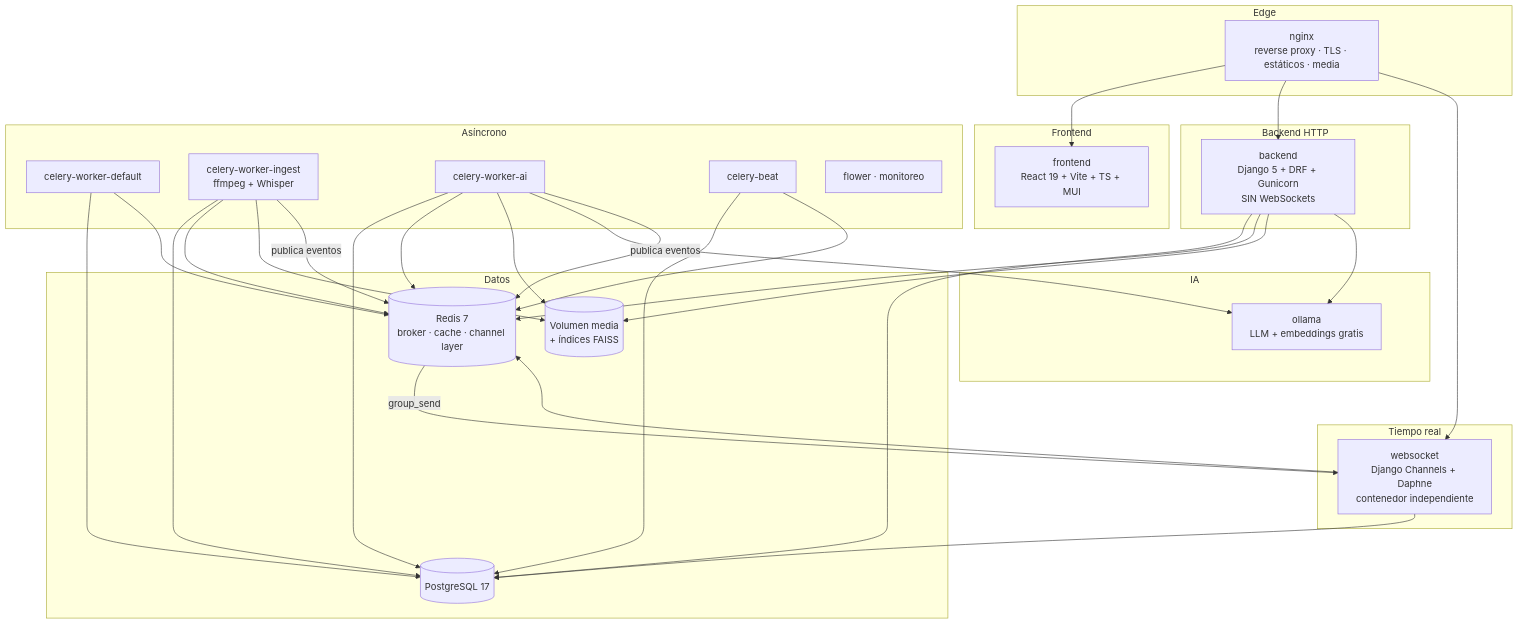
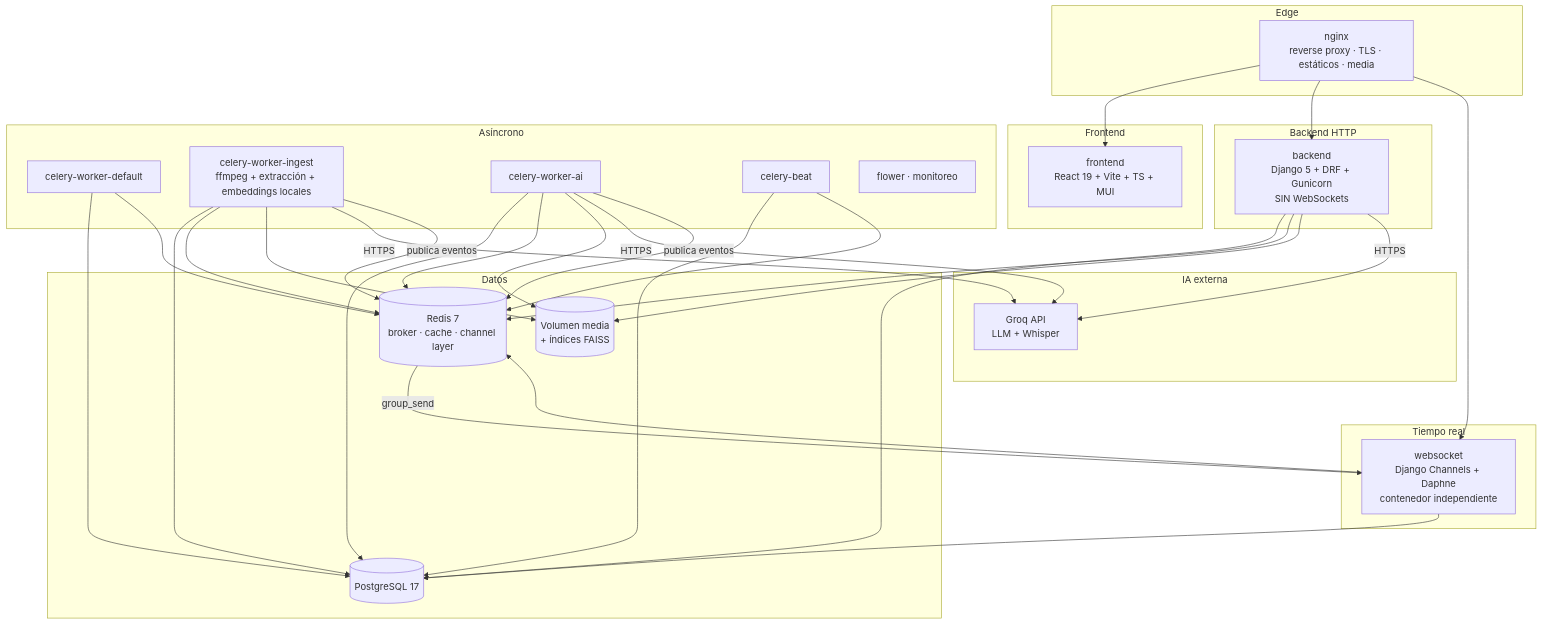
Before and after one commit to YoAndres2001/Capacitacion_IA: the second of 7 diagrams in docs/05-arquitectura.md, drawn with Mermaid. The commit also changed other lines of this file and 118 other files, not shown here.

````diff
--- a/docs/05-arquitectura.md
+++ b/docs/05-arquitectura.md
@@ -25,46 +25,46 @@
 ```mermaid
 graph TB
     subgraph Edge
         NGINX[nginx<br/>reverse proxy · TLS · estáticos · media]
     end
     subgraph Frontend
         FE[frontend<br/>React 19 + Vite + TS + MUI]
     end
     subgraph "Backend HTTP"
         API[backend<br/>Django 5 + DRF + Gunicorn<br/>SIN WebSockets]
     end
     subgraph "Tiempo real"
         WS[websocket<br/>Django Channels + Daphne<br/>contenedor independiente]
     end
     subgraph Asíncrono
         W1[celery-worker-default]
-        W2[celery-worker-ingest<br/>ffmpeg + Whisper]
+        W2[celery-worker-ingest<br/>ffmpeg + extracción + embeddings locales]
         W3[celery-worker-ai]
         BEAT[celery-beat]
         FLOWER[flower · monitoreo]
     end
     subgraph Datos
         PG[(PostgreSQL 17)]
         RD[(Redis 7<br/>broker · cache · channel layer)]
         FS[(Volumen media<br/>+ índices FAISS)]
     end
-    subgraph IA
-        OLL[ollama<br/>LLM + embeddings gratis]
+    subgraph "IA externa"
+        GROQ[Groq API<br/>LLM + Whisper]
     end
 
     NGINX --> FE
     NGINX --> API
     NGINX --> WS
     API --> PG
     API --> RD
     API --> FS
     WS --> RD
     WS --> PG
     W1 & W2 & W3 & BEAT --> PG
     W1 & W2 & W3 & BEAT --> RD
     W2 & W3 --> FS
-    W3 --> OLL
-    API --> OLL
+    W2 & W3 -->|HTTPS| GROQ
+    API -->|HTTPS| GROQ
     W2 & W3 -->|publica eventos| RD
     RD -->|group_send| WS
 ```
````
